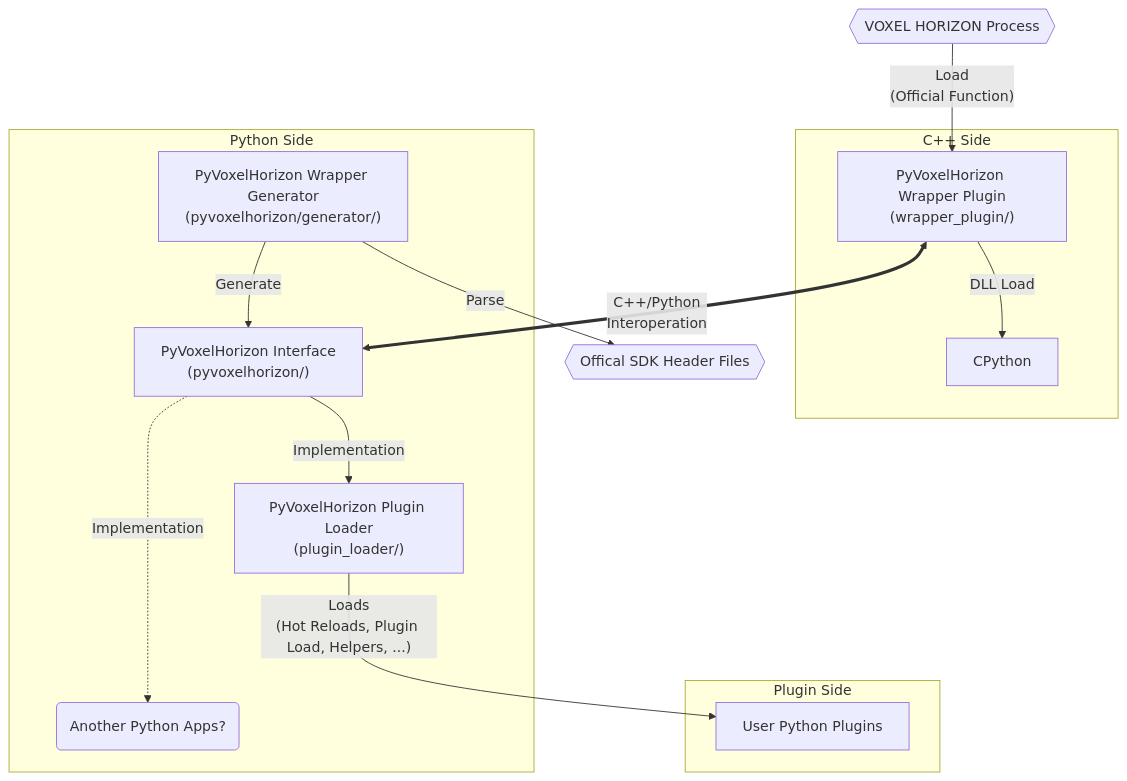
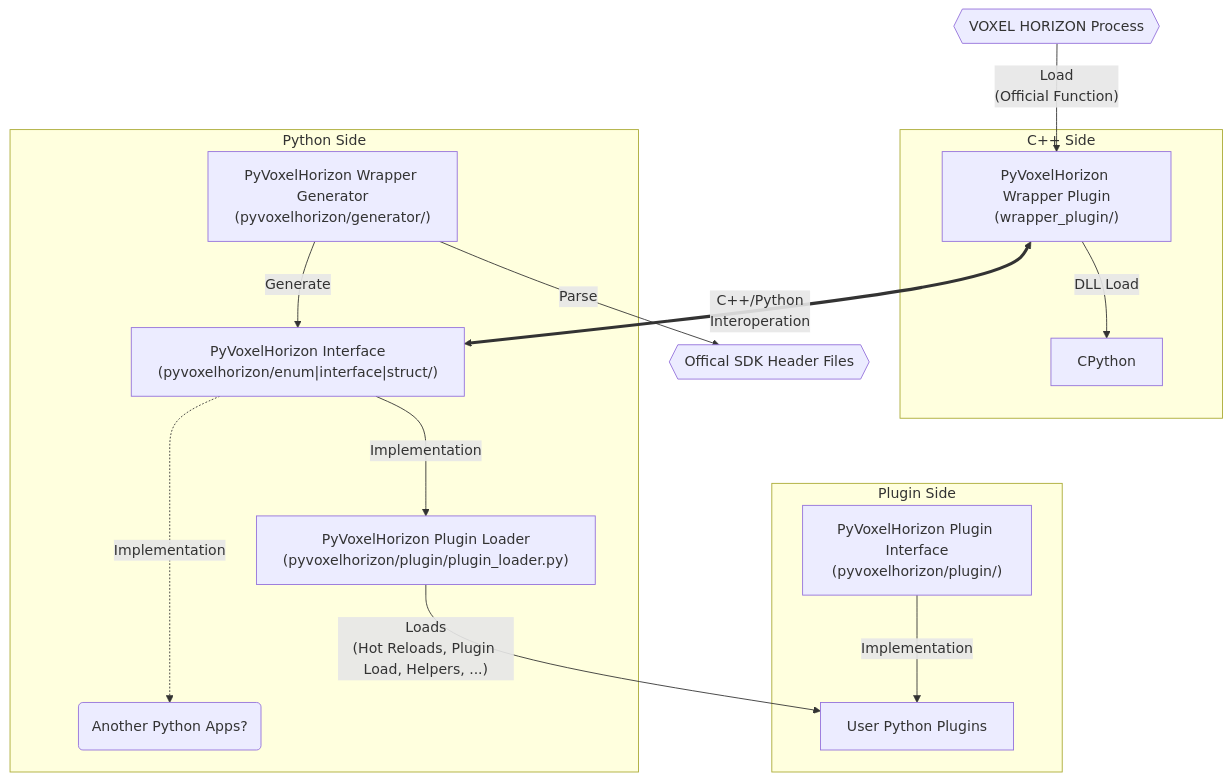
One commit to devjeonghwan/PyVoxelHorizon changed the diagram in README.md. Above: the diagram before and after it, drawn with Mermaid. The commit also changed 13 other files, not shown here.

Commit message:
Add plugin loader

````diff
--- a/README.md
+++ b/README.md
@@ -5,29 +5,31 @@
 ```mermaid
 flowchart TD
     USER_PLUGIN["User Python Plugins"]
-    PY_VOXEL_HORIZON_PLUGIN_LOADER["PyVoxelHorizon Plugin Loader\n(plugin_loader/)"]
-    PY_VOXEL_HORIZON["PyVoxelHorizon Interface\n(pyvoxelhorizon/)"]
+    PY_VOXEL_HORIZON_PLUGIN_LOADER["PyVoxelHorizon Plugin Loader\n(pyvoxelhorizon/plugin/plugin_loader.py)"]
+    PY_VOXEL_HORIZON_PLUGIN["PyVoxelHorizon Plugin Interface\n(pyvoxelhorizon/plugin/)"]
+    PY_VOXEL_HORIZON["PyVoxelHorizon Interface\n(pyvoxelhorizon/enum|interface|struct/)"]
     PY_VOXEL_HORIZON_WRAPPER["PyVoxelHorizon Wrapper Plugin\n(wrapper_plugin/)"]
     PY_VOXEL_HORIZON_WRAPPER_GENERATOR["PyVoxelHorizon Wrapper Generator\n(pyvoxelhorizon/generator/)"]
     VOXEL_HORIZON{{"VOXEL HORIZON Process"}}
     VOXEL_HORIZON_HEADER_FILE{{"Offical SDK Header Files"}}
     
     VOXEL_HORIZON -->|"Load\n(Official Function)"| PY_VOXEL_HORIZON_WRAPPER
     PY_VOXEL_HORIZON_WRAPPER_GENERATOR -->|"Parse"| VOXEL_HORIZON_HEADER_FILE
 
     subgraph C++ Side
     PY_VOXEL_HORIZON_WRAPPER -->|"DLL Load"| PYTHON["CPython"]
     end
     
     subgraph Python Side
     PY_VOXEL_HORIZON_WRAPPER_GENERATOR -->|"Generate"| PY_VOXEL_HORIZON
 
     PY_VOXEL_HORIZON_WRAPPER <==>|"C++/Python\nInteroperation"| PY_VOXEL_HORIZON
     PY_VOXEL_HORIZON -->|"Implementation"| PY_VOXEL_HORIZON_PLUGIN_LOADER
     PY_VOXEL_HORIZON -..->|"Implementation"| IMPL1("Another Python Apps?")
     end
 
     subgraph Plugin Side
+    PY_VOXEL_HORIZON_PLUGIN -->|"Implementation"| USER_PLUGIN
     PY_VOXEL_HORIZON_PLUGIN_LOADER -->|"Loads\n(Hot Reloads, Plugin Load, Helpers, ...)"| USER_PLUGIN
     end
 ```
````
